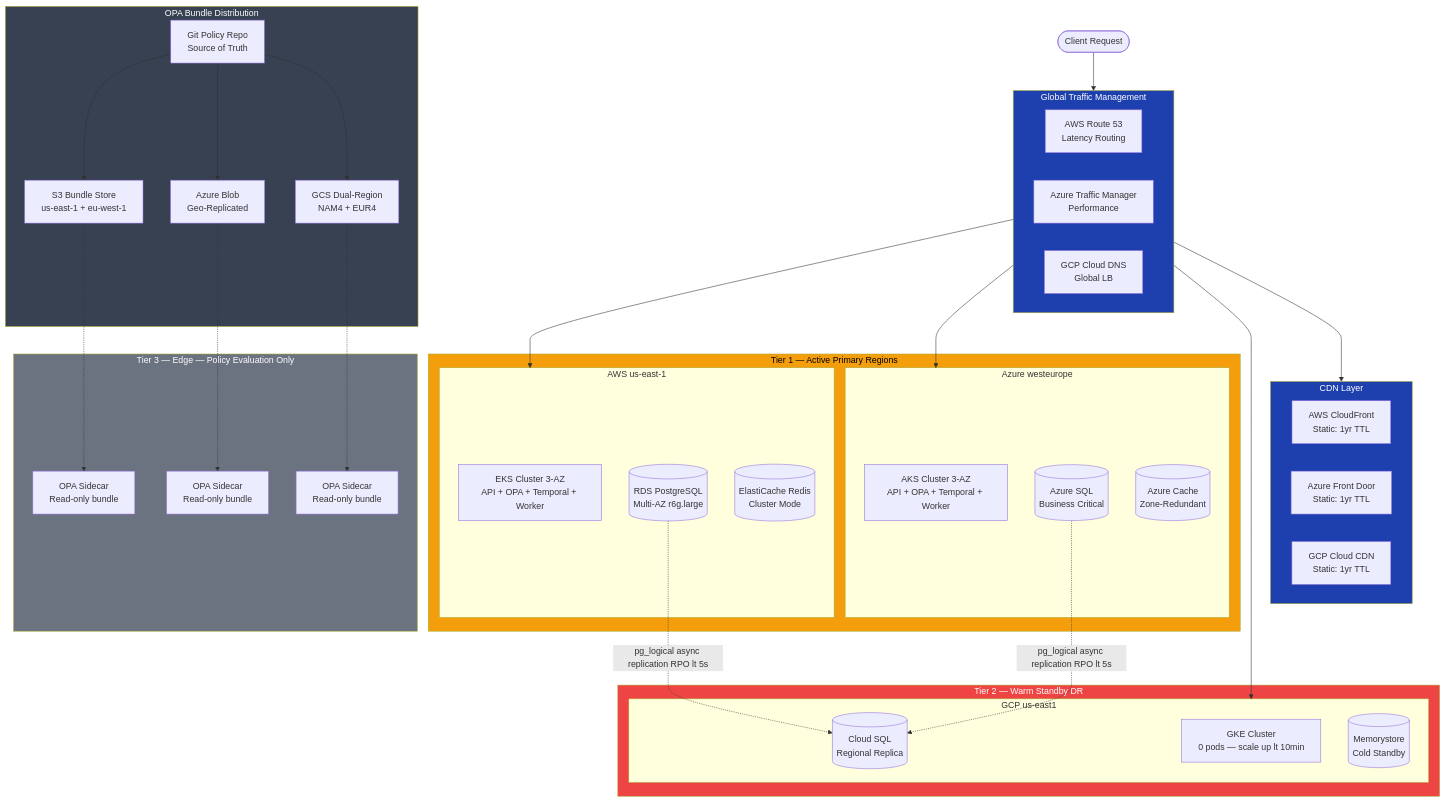
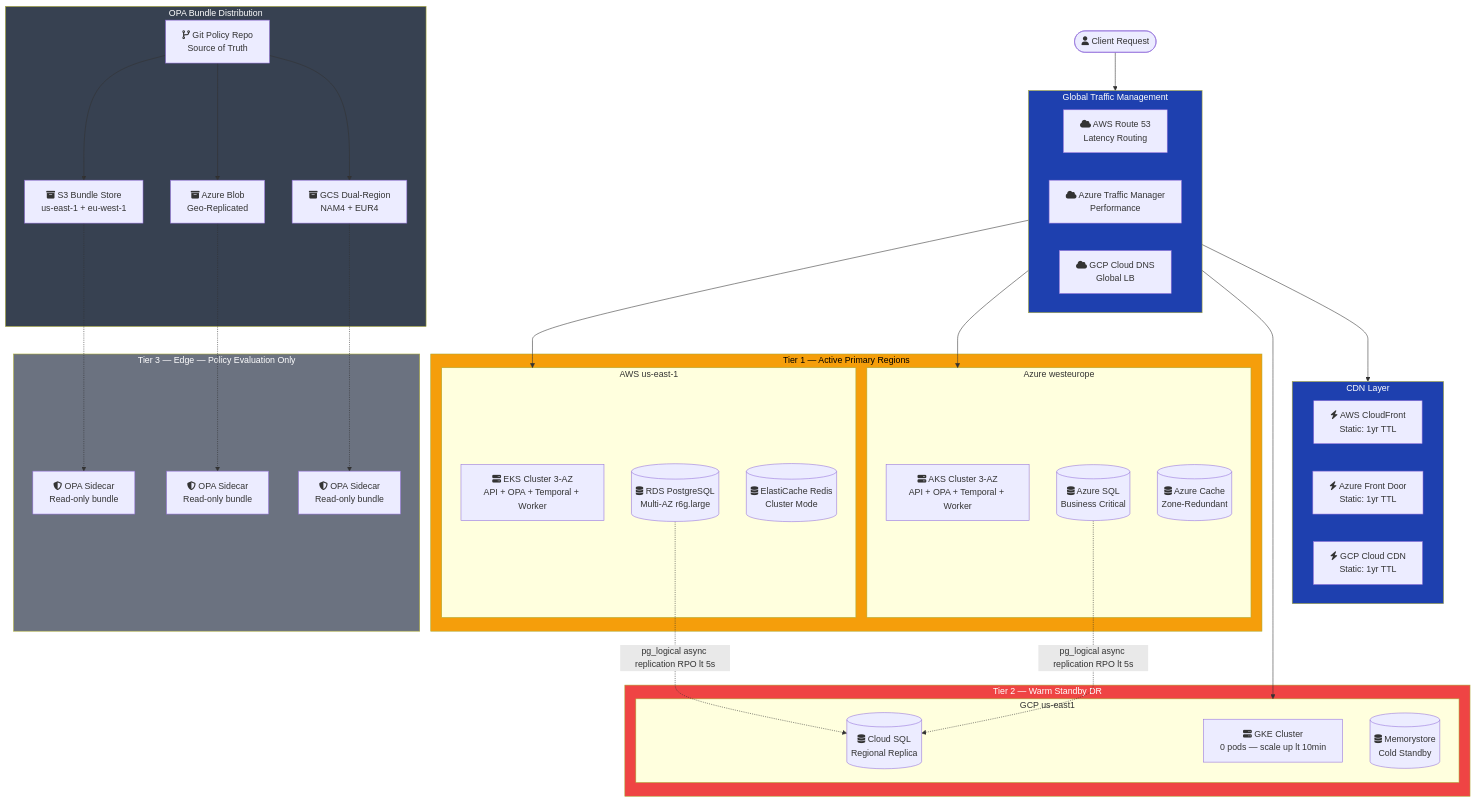
The diagram in docs/core/diagrams/global-deployment-architecture.mmd (lvonguyen/cloudforge), drawn with Mermaid before and after one commit. The commit also changed 16 other files, not shown here.

First line of the commit message:
docs: deployment checklist, docs audit fixes, diagram icon enrichment

```diff
--- a/docs/core/diagrams/global-deployment-architecture.mmd
+++ b/docs/core/diagrams/global-deployment-architecture.mmd
@@ -1,70 +1,70 @@
 flowchart TB
-    Client([Client Request]) --> GTM
+    Client(["fa:fa-user Client Request"]) --> GTM
 
     subgraph GTM [Global Traffic Management]
         direction LR
-        R53[AWS Route 53\nLatency Routing]
-        ATM[Azure Traffic Manager\nPerformance]
-        CDNS[GCP Cloud DNS\nGlobal LB]
+        R53["fa:fa-cloud AWS Route 53\nLatency Routing"]
+        ATM["fa:fa-cloud Azure Traffic Manager\nPerformance"]
+        CDNS["fa:fa-cloud GCP Cloud DNS\nGlobal LB"]
     end
 
     GTM --> AWSP
     GTM --> AZUREP
     GTM --> GCPP
 
     subgraph TIER1 [Tier 1 — Active Primary Regions]
         subgraph AWSP [AWS us-east-1]
-            AWSEKS[EKS Cluster 3-AZ\nAPI + OPA + Temporal + Worker]
-            AWSRDS[(RDS PostgreSQL\nMulti-AZ r6g.large)]
-            AWSREDIS[(ElastiCache Redis\nCluster Mode)]
+            AWSEKS["fa:fa-server EKS Cluster 3-AZ\nAPI + OPA + Temporal + Worker"]
+            AWSRDS[("fa:fa-database RDS PostgreSQL\nMulti-AZ r6g.large")]
+            AWSREDIS[("fa:fa-database ElastiCache Redis\nCluster Mode")]
         end
 
         subgraph AZUREP [Azure westeurope]
-            AKSCLUSTER[AKS Cluster 3-AZ\nAPI + OPA + Temporal + Worker]
-            AZURESQL[(Azure SQL\nBusiness Critical)]
-            AZUREDIS[(Azure Cache\nZone-Redundant)]
+            AKSCLUSTER["fa:fa-server AKS Cluster 3-AZ\nAPI + OPA + Temporal + Worker"]
+            AZURESQL[("fa:fa-database Azure SQL\nBusiness Critical")]
+            AZUREDIS[("fa:fa-database Azure Cache\nZone-Redundant")]
         end
     end
 
     subgraph TIER2 [Tier 2 — Warm Standby DR]
         subgraph GCPP [GCP us-east1]
-            GKEDR[GKE Cluster\n0 pods — scale up lt 10min]
-            CLOUDSQLDR[(Cloud SQL\nRegional Replica)]
-            MEMDR[(Memorystore\nCold Standby)]
+            GKEDR["fa:fa-server GKE Cluster\n0 pods — scale up lt 10min"]
+            CLOUDSQLDR[("fa:fa-database Cloud SQL\nRegional Replica")]
+            MEMDR[("fa:fa-database Memorystore\nCold Standby")]
         end
     end
 
     subgraph TIER3 [Tier 3 — Edge — Policy Evaluation Only]
-        EDGE1[OPA Sidecar\nRead-only bundle]
-        EDGE2[OPA Sidecar\nRead-only bundle]
-        EDGE3[OPA Sidecar\nRead-only bundle]
+        EDGE1["fa:fa-shield-alt OPA Sidecar\nRead-only bundle"]
+        EDGE2["fa:fa-shield-alt OPA Sidecar\nRead-only bundle"]
+        EDGE3["fa:fa-shield-alt OPA Sidecar\nRead-only bundle"]
     end
 
     AWSRDS -. "pg_logical async replication RPO lt 5s" .-> CLOUDSQLDR
     AZURESQL -. "pg_logical async replication RPO lt 5s" .-> CLOUDSQLDR
 
     subgraph CDN [CDN Layer]
-        CF[AWS CloudFront\nStatic: 1yr TTL]
-        AFD[Azure Front Door\nStatic: 1yr TTL]
-        GCDN[GCP Cloud CDN\nStatic: 1yr TTL]
+        CF["fa:fa-bolt AWS CloudFront\nStatic: 1yr TTL"]
+        AFD["fa:fa-bolt Azure Front Door\nStatic: 1yr TTL"]
+        GCDN["fa:fa-bolt GCP Cloud CDN\nStatic: 1yr TTL"]
     end
 
     GTM --> CDN
 
     subgraph OPA_BUNDLE [OPA Bundle Distribution]
-        GIT[Git Policy Repo\nSource of Truth]
-        GIT --> S3BUNDLE[S3 Bundle Store\nus-east-1 + eu-west-1]
-        GIT --> BLOBUNDLE[Azure Blob\nGeo-Replicated]
-        GIT --> GCSBUNDLE[GCS Dual-Region\nNAM4 + EUR4]
+        GIT["fa:fa-code-branch Git Policy Repo\nSource of Truth"]
+        GIT --> S3BUNDLE["fa:fa-archive S3 Bundle Store\nus-east-1 + eu-west-1"]
+        GIT --> BLOBUNDLE["fa:fa-archive Azure Blob\nGeo-Replicated"]
+        GIT --> GCSBUNDLE["fa:fa-archive GCS Dual-Region\nNAM4 + EUR4"]
     end
 
     S3BUNDLE -.-> EDGE1
     BLOBUNDLE -.-> EDGE2
     GCSBUNDLE -.-> EDGE3
 
     style TIER1 fill:#f59e0b,color:#000
     style TIER2 fill:#ef4444,color:#fff
     style TIER3 fill:#6b7280,color:#fff
     style CDN fill:#1e40af,color:#fff
     style OPA_BUNDLE fill:#374151,color:#fff
     style GTM fill:#1e40af,color:#fff
```
